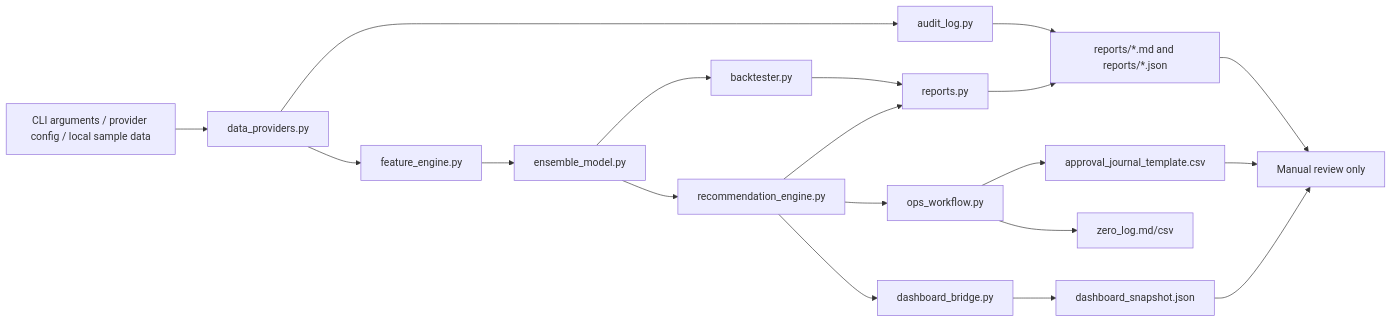
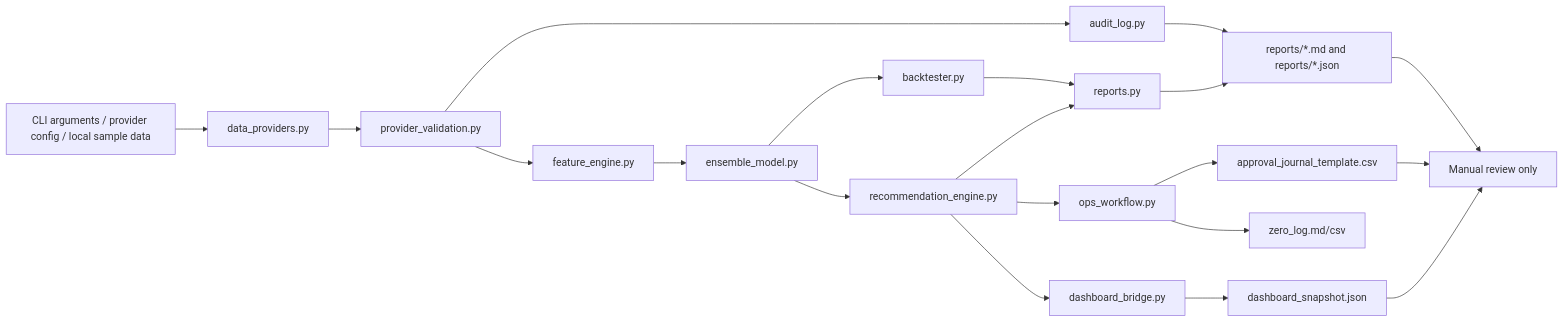
One commit to macho715/stock_hermes changed the second of 5 diagrams in docs/SYSTEM_ARCHITECTURE.md. Above: the diagram before and after it, drawn with Mermaid. The commit also changed other lines of this file and 22 other files, not shown here.

Commit message:
Add Phase A provider validation dashboard evidence

````diff
--- a/docs/SYSTEM_ARCHITECTURE.md
+++ b/docs/SYSTEM_ARCHITECTURE.md
@@ -47,21 +48,22 @@
 ```mermaid
 flowchart LR
     Input[CLI arguments / provider config / local sample data] --> Provider[data_providers.py]
-    Provider --> Audit[audit_log.py]
-    Provider --> Features[feature_engine.py]
+    Provider --> Gate[provider_validation.py]
+    Gate --> Audit[audit_log.py]
+    Gate --> Features[feature_engine.py]
     Features --> Model[ensemble_model.py]
     Model --> Backtest[backtester.py]
     Model --> Recommendation[recommendation_engine.py]
     Backtest --> ReportWriter[reports.py]
     Recommendation --> ReportWriter
     Recommendation --> OpsWorkflow[ops_workflow.py]
     Recommendation --> DashboardBridge[dashboard_bridge.py]
     ReportWriter --> Reports[reports/*.md and reports/*.json]
     DashboardBridge --> Snapshot[dashboard_snapshot.json]
     OpsWorkflow --> Approval[approval_journal_template.csv]
     OpsWorkflow --> ZeroLog[zero_log.md/csv]
     Audit --> Reports
     Reports --> HumanReview[Manual review only]
     Snapshot --> HumanReview
     Approval --> HumanReview
 ```
````
